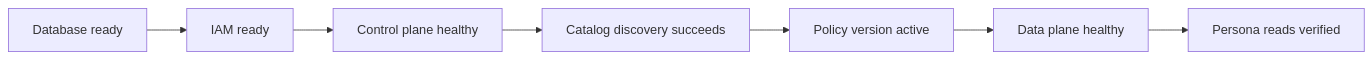
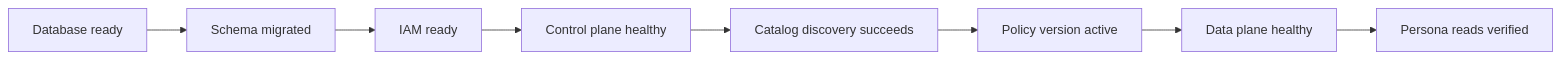
One commit to snithish/dal-obscura changed the first of 2 diagrams in docs/operators-runbook.md. Above: the diagram before and after it, drawn with Mermaid. The commit also changed other lines of this file and 34 other files, not shown here.

````diff
--- a/docs/operators-runbook.md
+++ b/docs/operators-runbook.md
@@ -8,9 +8,10 @@
 ```mermaid
 flowchart LR
-    db["Database ready"] --> iam["IAM ready"]
+    db["Database ready"] --> schema["Schema migrated"]
+    schema --> iam["IAM ready"]
     iam --> cp["Control plane healthy"]
     cp --> catalog["Catalog discovery succeeds"]
     catalog --> policy["Policy version active"]
     policy --> dp["Data plane healthy"]
     dp --> read["Persona reads verified"]
 ```
````
